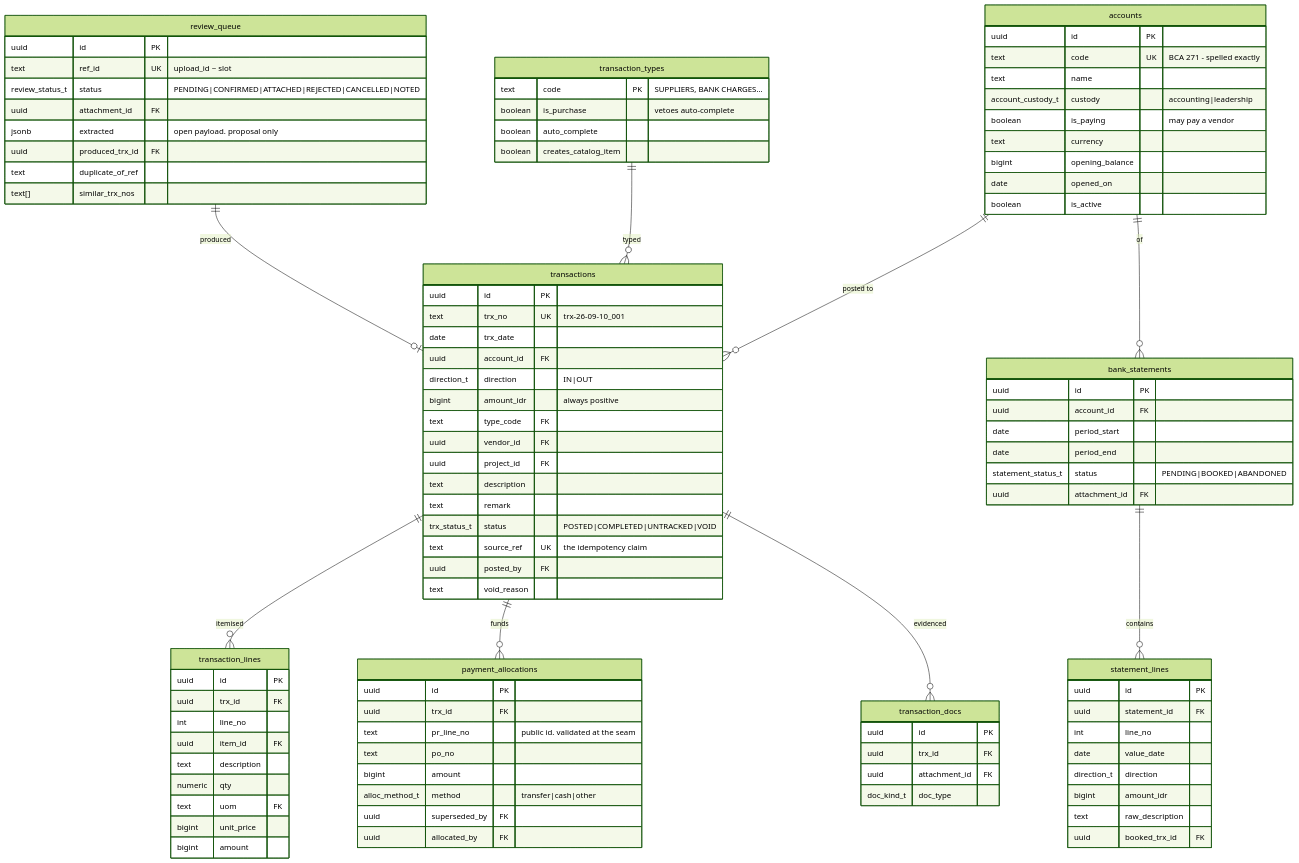
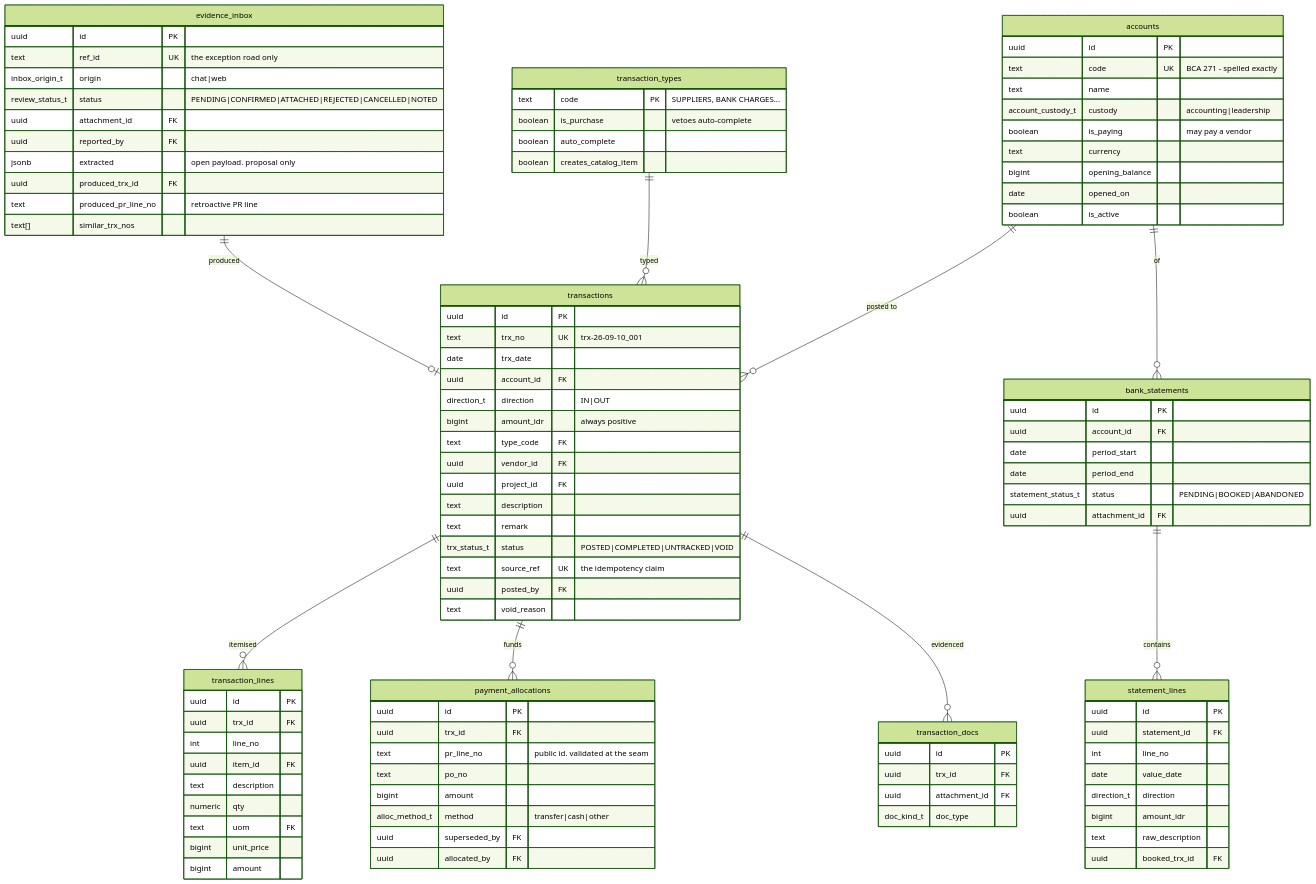
One commit to talait/ops-talaliving changed the fifth of 5 diagrams in docs/plan/02-database.md. Above: the diagram before and after it, drawn with Mermaid (forest theme). The commit also changed other lines of this file and 7 other files, not shown here.

```diff
--- a/docs/plan/02-database.md
+++ b/docs/plan/02-database.md
@@ -403,7 +403,7 @@
     transactions ||--o{ transaction_lines : "itemised"
     transactions ||--o{ payment_allocations : "funds"
     transactions ||--o{ transaction_docs : "evidenced"
-    review_queue ||--o| transactions : "produced"
+    evidence_inbox ||--o| transactions : "produced"
     accounts ||--o{ bank_statements : "of"
     bank_statements ||--o{ statement_lines : "contains"
 
@@ -468,14 +468,16 @@
         uuid attachment_id FK
         doc_kind_t doc_type
     }
-    review_queue {
+    evidence_inbox {
         uuid id PK
-        text ref_id UK "upload_id ~ slot"
+        text ref_id UK "the exception road only"
+        inbox_origin_t origin "chat|web"
         review_status_t status "PENDING|CONFIRMED|ATTACHED|REJECTED|CANCELLED|NOTED"
         uuid attachment_id FK
+        uuid reported_by FK
         jsonb extracted "open payload. proposal only"
         uuid produced_trx_id FK
-        text duplicate_of_ref
+        text produced_pr_line_no "retroactive PR line"
         text[] similar_trx_nos
     }
     bank_statements {
```
